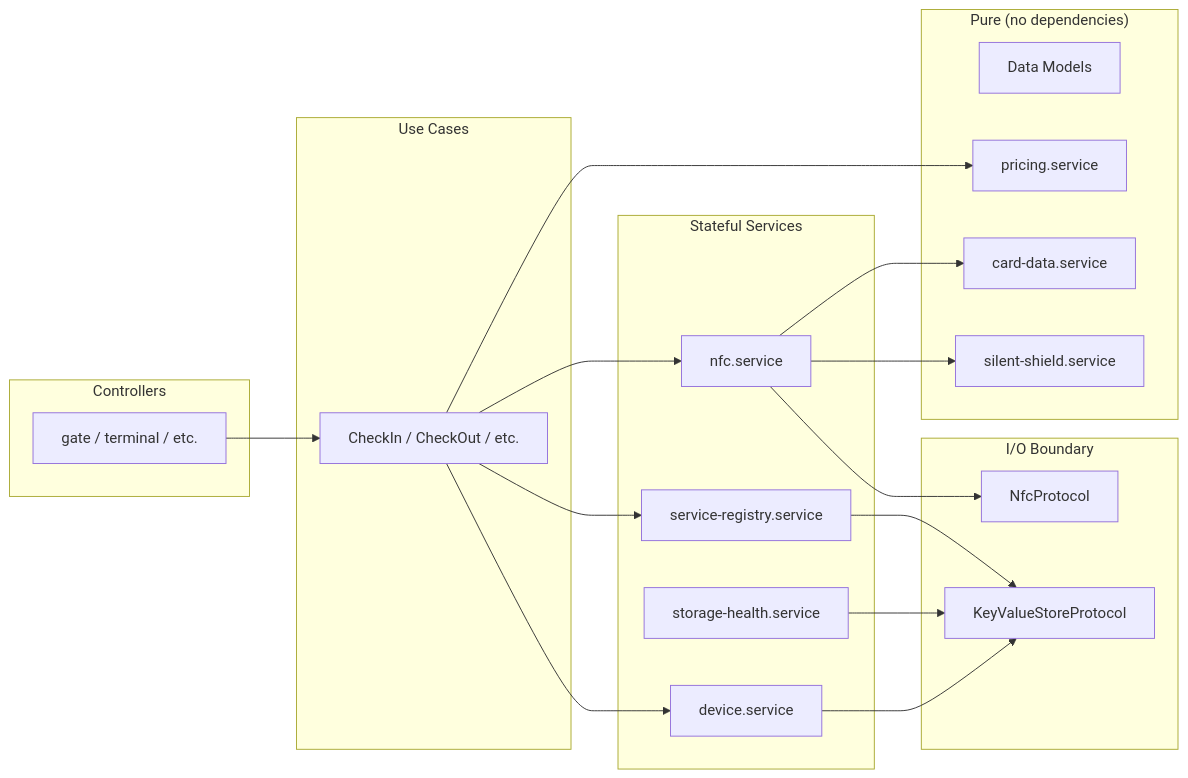
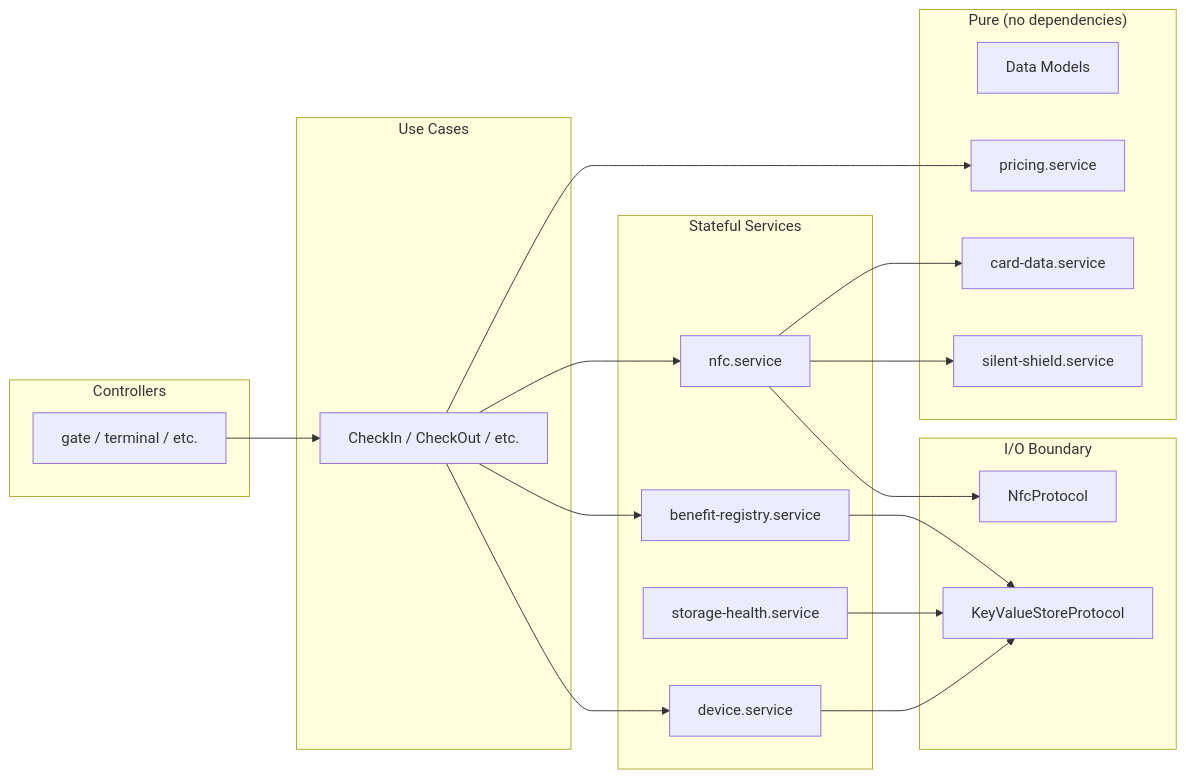
Before and after one commit to widdestoyud/assesment-s1-2026: the second of 2 diagrams in docs/wiki/membership-benefit-card/01-Architecture/Clean-Architecture.md, drawn with Mermaid. The commit also changed other lines of this file and 31 other files, not shown here.

First line of the commit message:
docs(mbc): Update all documentation for ServiceType to BenefitType rename

````diff
--- a/docs/wiki/membership-benefit-card/01-Architecture/Clean-Architecture.md
+++ b/docs/wiki/membership-benefit-card/01-Architecture/Clean-Architecture.md
@@ -99,41 +99,41 @@
 ```mermaid
 graph LR
     subgraph Pure["Pure (no dependencies)"]
         Models[Data Models]
         Pricing[pricing.service]
         CardData[card-data.service]
         Shield[silent-shield.service]
     end
 
     subgraph IOBoundary["I/O Boundary"]
         NfcProto[NfcProtocol]
         KvProto[KeyValueStoreProtocol]
     end
 
     subgraph Stateful["Stateful Services"]
         NfcSvc[nfc.service]
         DevSvc[device.service]
         HealthSvc[storage-health.service]
-        RegSvc[service-registry.service]
+        RegSvc[benefit-registry.service]
     end
 
     subgraph UC["Use Cases"]
         UseCases[CheckIn / CheckOut / etc.]
     end
 
     subgraph Ctrl["Controllers"]
         Controllers[gate / terminal / etc.]
     end
 
     NfcSvc --> NfcProto
     NfcSvc --> CardData
     NfcSvc --> Shield
     DevSvc --> KvProto
     HealthSvc --> KvProto
     RegSvc --> KvProto
     UseCases --> NfcSvc
     UseCases --> Pricing
     UseCases --> DevSvc
     UseCases --> RegSvc
     Controllers --> UseCases
 ```
````
